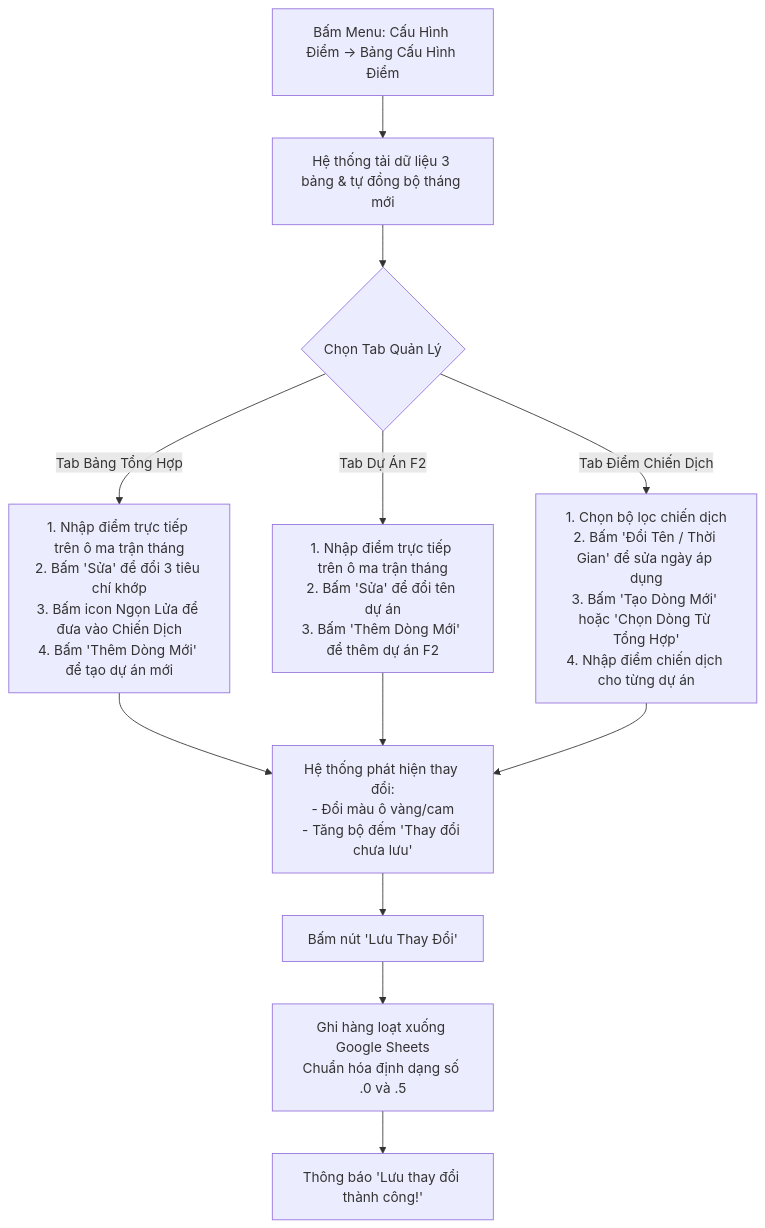
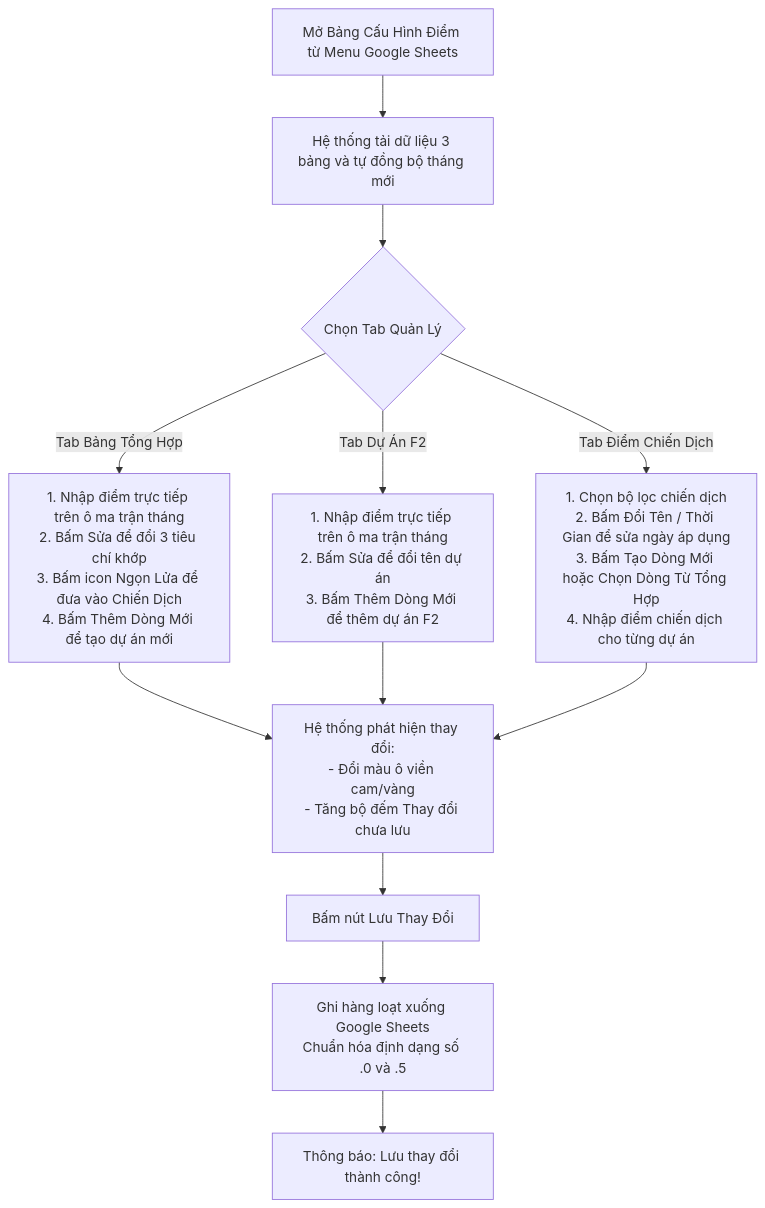
The second of 3 diagrams in HUONG_DAN_SU_DUNG.md (hdz1210/NW-T-nh-i-m-CVKD), drawn with Mermaid before and after one commit. The commit also changed other lines of this file, not shown here.

Commit message:
fix(docs): resolve Mermaid syntax parse error by quoting labels and using br tags

````diff
--- a/HUONG_DAN_SU_DUNG.md
+++ b/HUONG_DAN_SU_DUNG.md
@@ -104,19 +104,19 @@
 ```mermaid
 flowchart TD
-    OpenUI[Bấm Menu: Cấu Hình Điểm -> Bảng Cấu Hình Điểm] --> LoadData[Hệ thống tải dữ liệu 3 bảng & tự đồng bộ tháng mới]
-    LoadData --> ViewTab{Chọn Tab Quản Lý}
+    OpenUI["Mở Bảng Cấu Hình Điểm từ Menu Google Sheets"] --> LoadData["Hệ thống tải dữ liệu 3 bảng và tự đồng bộ tháng mới"]
+    LoadData --> ViewTab{"Chọn Tab Quản Lý"}
     
-    ViewTab -- Tab Bảng Tổng Hợp --> EditTH[1. Nhập điểm trực tiếp trên ô ma trận tháng\n2. Bấm 'Sửa' để đổi 3 tiêu chí khớp\n3. Bấm icon Ngọn Lửa để đưa vào Chiến Dịch\n4. Bấm 'Thêm Dòng Mới' để tạo dự án mới]
+    ViewTab -- "Tab Bảng Tổng Hợp" --> EditTH["1. Nhập điểm trực tiếp trên ô ma trận tháng<br/>2. Bấm Sửa để đổi 3 tiêu chí khớp<br/>3. Bấm icon Ngọn Lửa để đưa vào Chiến Dịch<br/>4. Bấm Thêm Dòng Mới để tạo dự án mới"]
     
-    ViewTab -- Tab Dự Án F2 --> EditF2[1. Nhập điểm trực tiếp trên ô ma trận tháng\n2. Bấm 'Sửa' để đổi tên dự án\n3. Bấm 'Thêm Dòng Mới' để thêm dự án F2]
+    ViewTab -- "Tab Dự Án F2" --> EditF2["1. Nhập điểm trực tiếp trên ô ma trận tháng<br/>2. Bấm Sửa để đổi tên dự án<br/>3. Bấm Thêm Dòng Mới để thêm dự án F2"]
     
-    ViewTab -- Tab Điểm Chiến Dịch --> EditCamp[1. Chọn bộ lọc chiến dịch\n2. Bấm 'Đổi Tên / Thời Gian' để sửa ngày áp dụng\n3. Bấm 'Tạo Dòng Mới' hoặc 'Chọn Dòng Từ Tổng Hợp'\n4. Nhập điểm chiến dịch cho từng dự án]
+    ViewTab -- "Tab Điểm Chiến Dịch" --> EditCamp["1. Chọn bộ lọc chiến dịch<br/>2. Bấm Đổi Tên / Thời Gian để sửa ngày áp dụng<br/>3. Bấm Tạo Dòng Mới hoặc Chọn Dòng Từ Tổng Hợp<br/>4. Nhập điểm chiến dịch cho từng dự án"]
     
-    EditTH --> CheckDirty[Hệ thống phát hiện thay đổi:\n- Đổi màu ô vàng/cam\n- Tăng bộ đếm 'Thay đổi chưa lưu']
+    EditTH --> CheckDirty["Hệ thống phát hiện thay đổi:<br/>- Đổi màu ô viền cam/vàng<br/>- Tăng bộ đếm Thay đổi chưa lưu"]
     EditF2 --> CheckDirty
     EditCamp --> CheckDirty
     
-    CheckDirty --> ClickSave[Bấm nút 'Lưu Thay Đổi']
-    ClickSave --> BatchSave[Ghi hàng loạt xuống Google Sheets\nChuẩn hóa định dạng số .0 và .5]
-    BatchSave --> SuccessToast[Thông báo 'Lưu thay đổi thành công!']
+    CheckDirty --> ClickSave["Bấm nút Lưu Thay Đổi"]
+    ClickSave --> BatchSave["Ghi hàng loạt xuống Google Sheets<br/>Chuẩn hóa định dạng số .0 và .5"]
+    BatchSave --> SuccessToast["Thông báo: Lưu thay đổi thành công!"]
 ```
````
